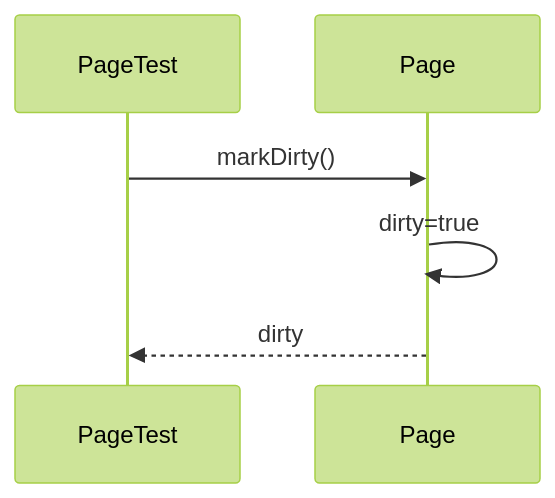
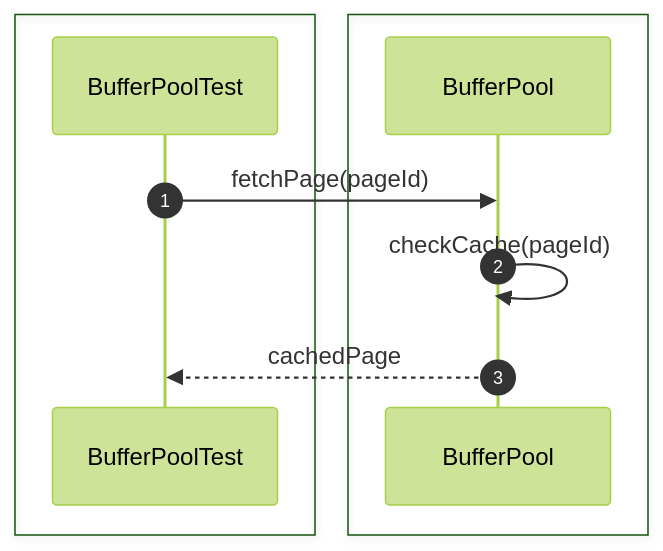
Diagram 12 of 52 in src/sequence/storage-engine.md (Huy1801214/dbms-architecture), drawn with Mermaid (forest theme) before and after one commit. The commit also changed other lines of this file and 10 other files, not shown here.

Commit message:
add comprehensive sequence diagrams and documentation for system architecture and unit testing specifications

````diff
--- a/src/sequence/storage-engine.md
+++ b/src/sequence/storage-engine.md
@@ -200,11 +200,15 @@
 ```mermaid
 sequenceDiagram
-    participant Test as PageTest
-    participant Page
+    autonumber
 
-    Test->>Page: markDirty()
+    box #e1f5fe Test Suite
+    participant Test as BufferPoolTest
+    end
+    box #e0f2f1 Storage Components
+    participant Buffer as BufferPool
+    end
 
-    Page->>Page: dirty=true
-
-    Page-->>Test: dirty
+    Test->>Buffer: fetchPage(pageId)
+    Buffer->>Buffer: checkCache(pageId)
+    Buffer-->>Test: cachedPage
 ```
````
